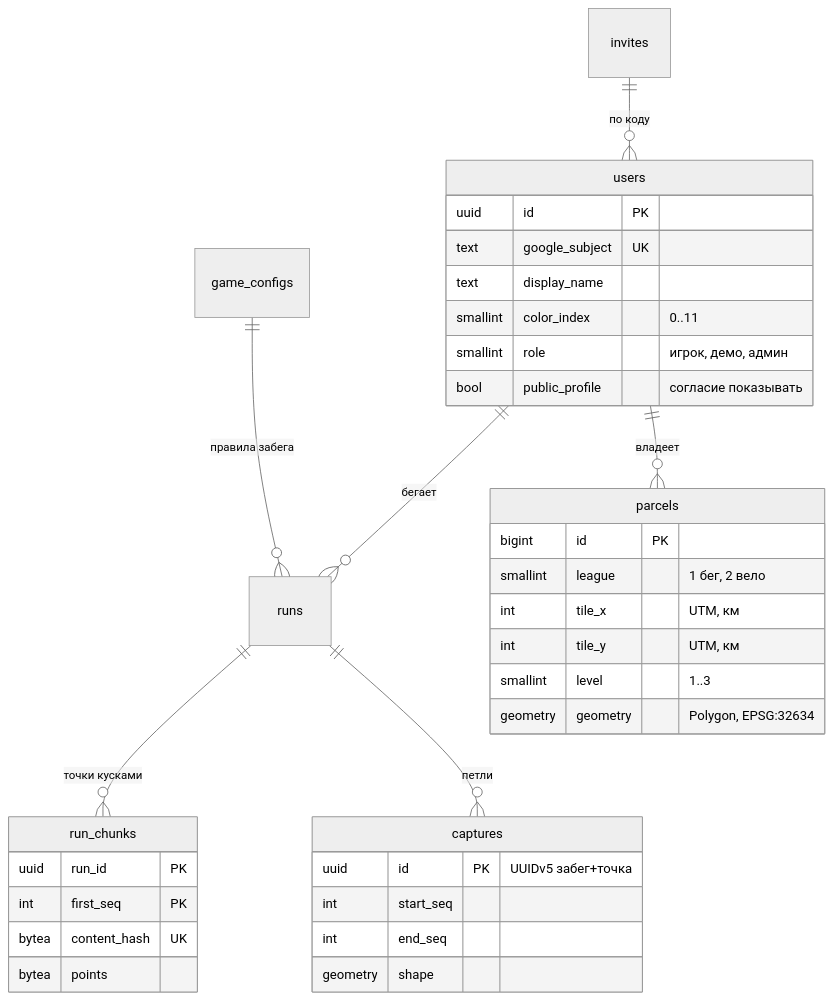
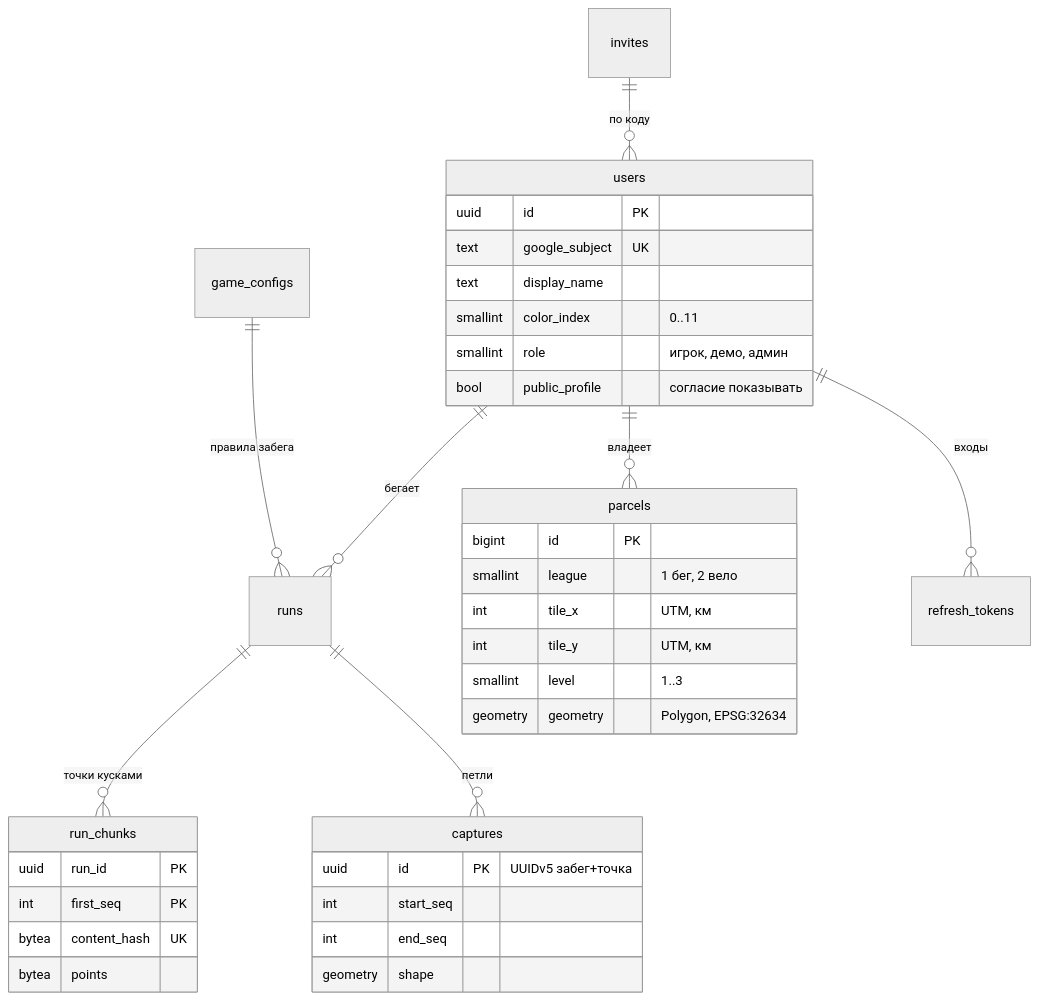
Before and after one commit to Nikich196/gorodki: the diagram in docs/architecture/data-model.md, drawn with Mermaid (neutral theme). The commit also changed other lines of this file and 22 other files, not shown here.

````diff
--- a/docs/architecture/data-model.md
+++ b/docs/architecture/data-model.md
@@ -7,37 +7,38 @@
 ```mermaid
 erDiagram
     users ||--o{ runs : "бегает"
     users ||--o{ parcels : "владеет"
     game_configs ||--o{ runs : "правила забега"
     runs ||--o{ run_chunks : "точки кусками"
     runs ||--o{ captures : "петли"
     invites ||--o{ users : "по коду"
+    users ||--o{ refresh_tokens : "входы"
     users {
         uuid id PK
         text google_subject UK
         text display_name
         smallint color_index "0..11"
         smallint role "игрок, демо, админ"
         bool public_profile "согласие показывать"
     }
     parcels {
         bigint id PK
         smallint league "1 бег, 2 вело"
         int tile_x "UTM, км"
         int tile_y "UTM, км"
         smallint level "1..3"
         geometry geometry "Polygon, EPSG:32634"
     }
     captures {
         uuid id PK "UUIDv5 забег+точка"
         int start_seq
         int end_seq
         geometry shape
     }
     run_chunks {
         uuid run_id PK
         int first_seq PK
         bytea content_hash UK
         bytea points
     }
 ```
````
